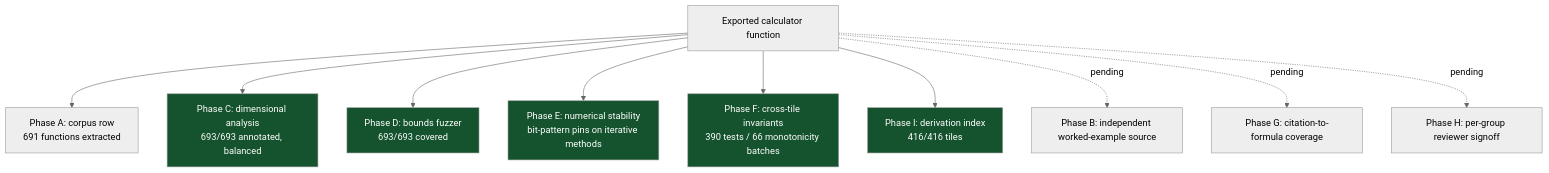
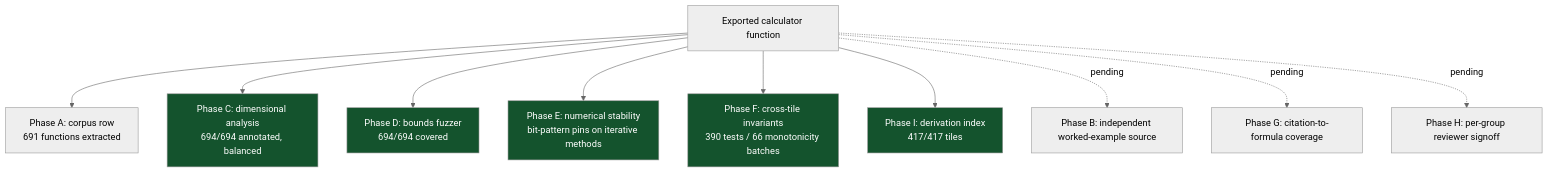
One commit to clay-good/roughlogic.com changed the fourth of 5 diagrams in README.md. Above: the diagram before and after it, drawn with Mermaid (neutral theme). The commit also changed other lines of this file and 15 other files, not shown here.

````diff
--- a/README.md
+++ b/README.md
@@ -206,17 +206,17 @@
 ```mermaid
 flowchart TB
     F[Exported calculator function] --> A[Phase A: corpus row\n691 functions extracted]
-    F --> C[Phase C: dimensional analysis\n693/693 annotated, balanced]
-    F --> D[Phase D: bounds fuzzer\n693/693 covered]
+    F --> C[Phase C: dimensional analysis\n694/694 annotated, balanced]
+    F --> D[Phase D: bounds fuzzer\n694/694 covered]
     F --> E[Phase E: numerical stability\nbit-pattern pins on iterative methods]
     F --> Fa[Phase F: cross-tile invariants\n390 tests / 66 monotonicity batches]
-    F --> I[Phase I: derivation index\n416/416 tiles]
+    F --> I[Phase I: derivation index\n417/417 tiles]
     F -.pending.-> B[Phase B: independent worked-example source]
     F -.pending.-> G[Phase G: citation-to-formula coverage]
     F -.pending.-> H[Phase H: per-group reviewer signoff]
     style C fill:#14532d,color:#fff
     style D fill:#14532d,color:#fff
     style E fill:#14532d,color:#fff
     style Fa fill:#14532d,color:#fff
     style I fill:#14532d,color:#fff
 ```
````
